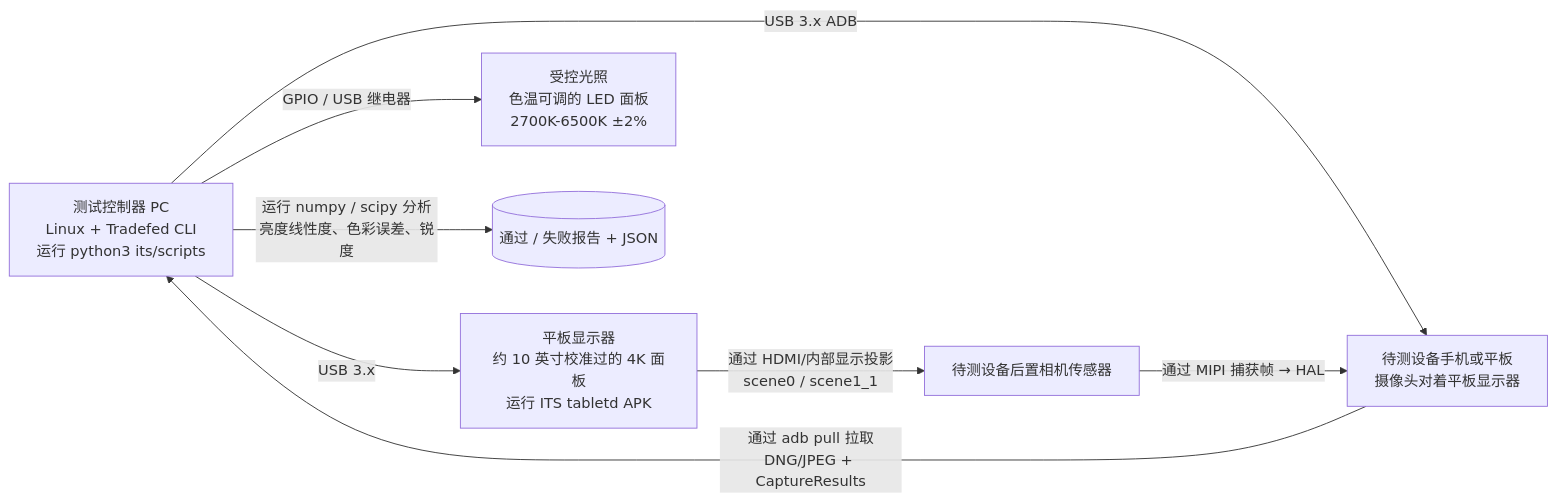
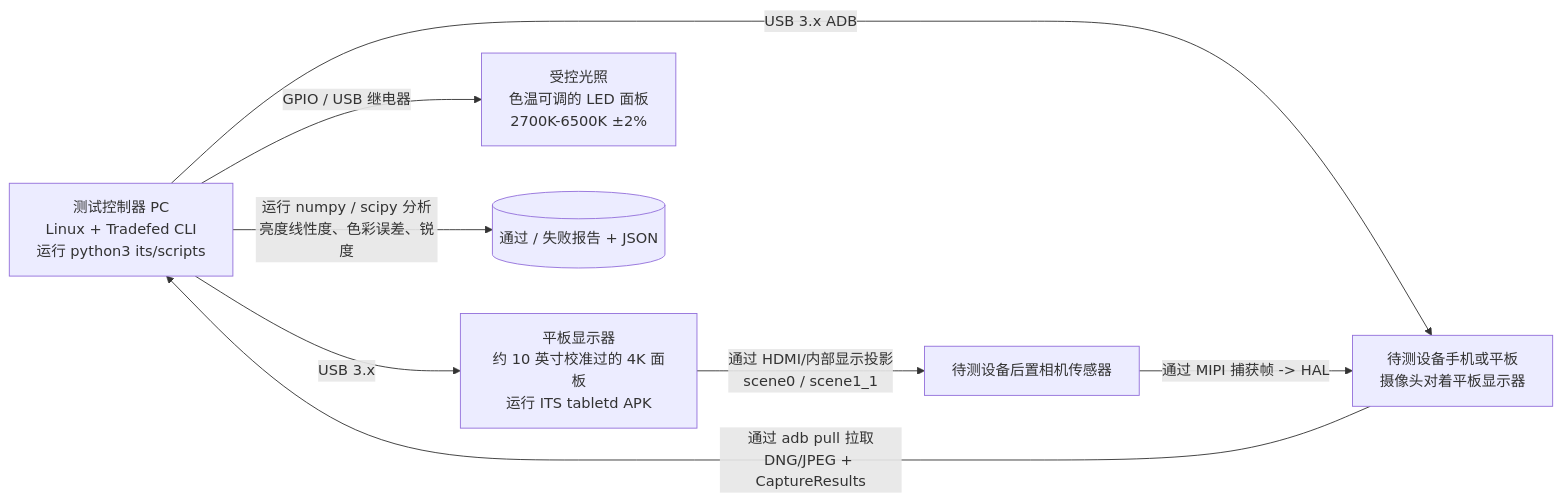
Before and after one commit to zoozooll/AndroidCameraParameters: the second of 2 diagrams in website/i18n/zh-Hans/docusaurus-plugin-content-docs/current/camera2/camera-testing.md, drawn with Mermaid. The commit also changed other lines of this file and 77 other files, not shown here.

First line of the commit message:
docs: standardize Mermaid syntax and polish 3A pipeline translations

````diff
--- a/website/i18n/zh-Hans/docusaurus-plugin-content-docs/current/camera2/camera-testing.md
+++ b/website/i18n/zh-Hans/docusaurus-plugin-content-docs/current/camera2/camera-testing.md
@@ -58,11 +58,11 @@
 ```mermaid
 graph LR
     TC["测试控制器 PC<br/>Linux + Tradefed CLI<br/>运行 python3 its/scripts"]
     TC -->|USB 3.x ADB| DUT[待测设备手机或平板<br/>摄像头对着平板显示器]
     TC -->|USB 3.x| TPD[平板显示器<br/>约 10 英寸校准过的 4K 面板<br/>运行 ITS tabletd APK]
     TC -->|GPIO / USB 继电器| LIGHT[受控光照<br/>色温可调的 LED 面板<br/>2700K-6500K ±2%]
     TPD -->|通过 HDMI/内部显示投影<br/>scene0 / scene1_1| DUT_CAM[待测设备后置相机传感器]
-    DUT_CAM -->|通过 MIPI 捕获帧 → HAL| DUT
+    DUT_CAM -->|通过 MIPI 捕获帧 -> HAL| DUT
     DUT -->|通过 adb pull 拉取<br/>DNG/JPEG + CaptureResults| TC
     TC -->|运行 numpy / scipy 分析<br/>亮度线性度、色彩误差、锐度| RESULT[(通过 / 失败报告 + JSON)]
 ```
````
